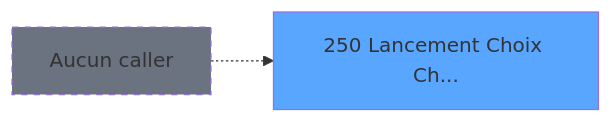
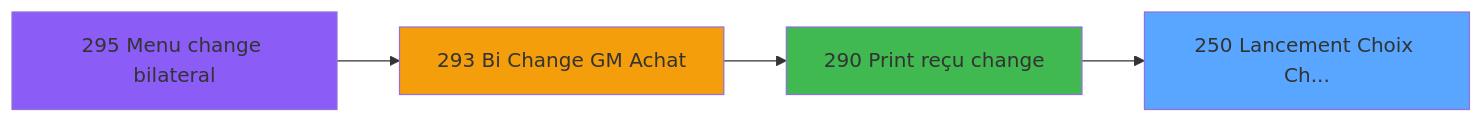
One commit to thonyAGP/magic-migration changed the second of 3 diagrams in .openspec/specs/ADH-IDE-250.md. Above: the diagram before and after it, drawn with Mermaid. The commit also changed other lines of this file and 253 other files, not shown here.

````diff
--- a/.openspec/specs/ADH-IDE-250.md
+++ b/.openspec/specs/ADH-IDE-250.md
@@ -135,8 +158,14 @@
 ```mermaid
 graph LR
     T250[250 Lancement Choix Ch...]
     style T250 fill:#58a6ff
-    NONE[Aucun caller]
-    NONE -.-> T250
-    style NONE fill:#6b7280,stroke-dasharray: 5 5
+    CC295[295 Menu change bilateral]
+    style CC295 fill:#8b5cf6
+    CC293[293 Bi Change GM Achat]
+    style CC293 fill:#f59e0b
+    CC290[290 Print reçu change]
+    style CC290 fill:#3fb950
+    CC293 --> CC290
+    CC295 --> CC293
+    CC290 --> T250
 ```
````
